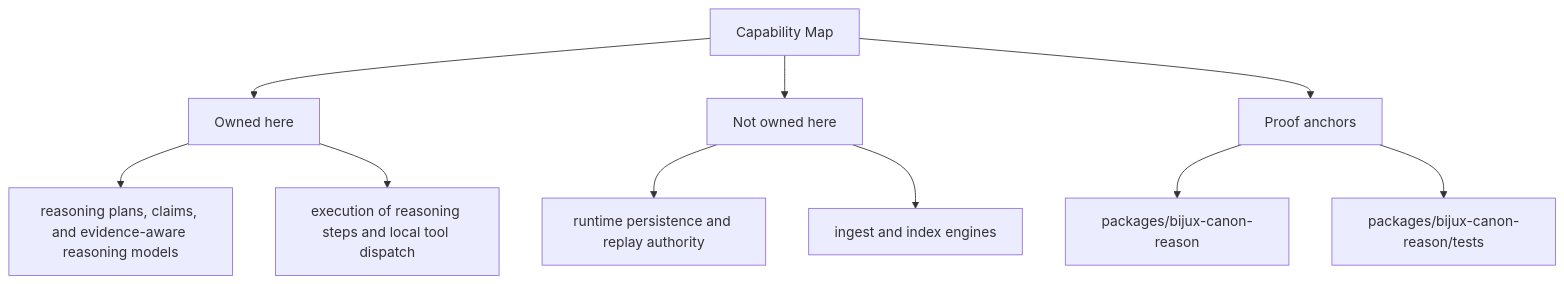
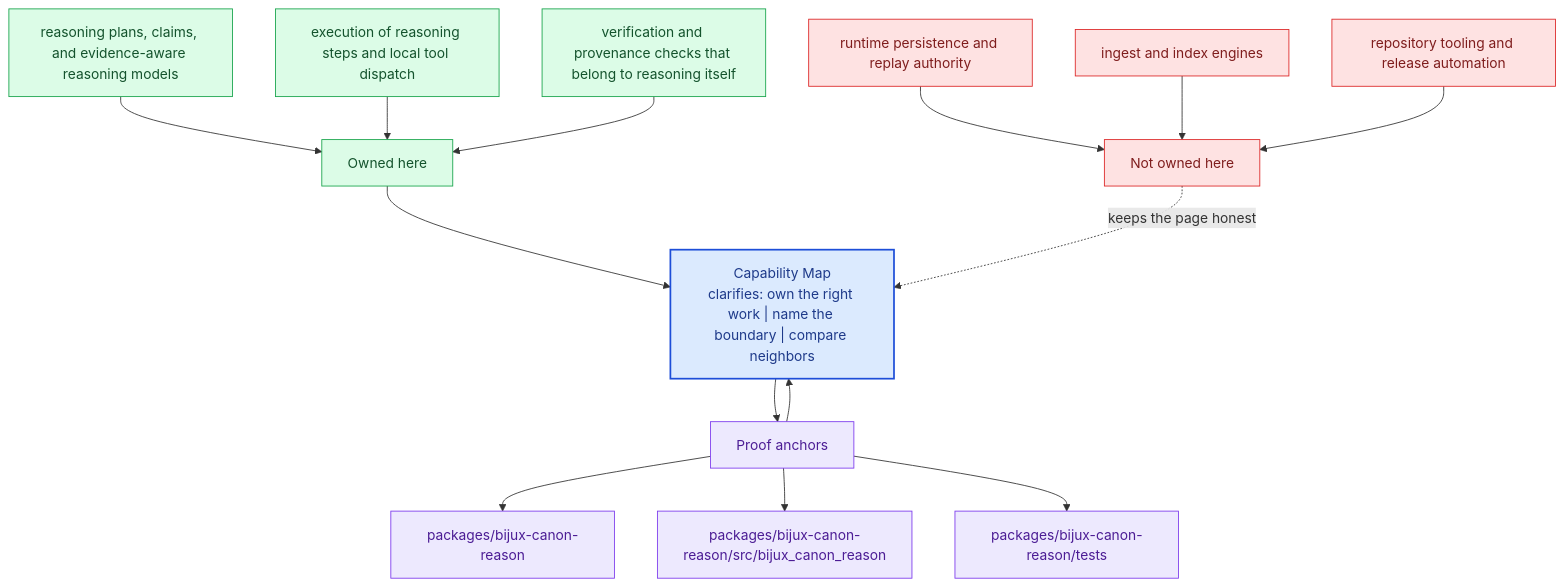
One commit to bijux/bijux-canon changed the second of 2 diagrams in docs/bijux-canon-reason/foundation/capability-map.md. Above: the diagram before and after it, drawn with Mermaid. The commit also changed other lines of this file and 281 other files, not shown here.

Commit message:
docs(diagrams): deepen handbook mermaid maps across the catalog

````diff
--- a/docs/bijux-canon-reason/foundation/capability-map.md
+++ b/docs/bijux-canon-reason/foundation/capability-map.md
@@ -35,22 +68,40 @@
 ```mermaid
-flowchart TD
-    page["Capability Map"]
+flowchart TB
+    promise["Capability Map<br/>clarifies: own the right work | name the boundary | compare neighbors"]
+    classDef promise fill:#dbeafe,stroke:#1d4ed8,color:#1e3a8a,stroke-width:2px;
+    classDef driver fill:#dcfce7,stroke:#16a34a,color:#14532d;
+    classDef constraint fill:#fee2e2,stroke:#dc2626,color:#7f1d1d;
+    classDef ground fill:#ede9fe,stroke:#7c3aed,color:#4c1d95;
     focus1["Owned here"]
-    page --> focus1
+    focus1 --> promise
     focus1_1["reasoning plans, claims, and evidence-aware reasoning models"]
-    focus1 --> focus1_1
+    focus1_1 --> focus1
     focus1_2["execution of reasoning steps and local tool dispatch"]
-    focus1 --> focus1_2
+    focus1_2 --> focus1
+    focus1_3["verification and provenance checks that belong to reasoning itself"]
+    focus1_3 --> focus1
+    class focus1 driver;
+    class focus1_1,focus1_2,focus1_3 driver;
     focus2["Not owned here"]
-    page --> focus2
+    focus2 -.keeps the page honest.-> promise
     focus2_1["runtime persistence and replay authority"]
-    focus2 --> focus2_1
+    focus2_1 --> focus2
     focus2_2["ingest and index engines"]
-    focus2 --> focus2_2
+    focus2_2 --> focus2
+    focus2_3["repository tooling and release automation"]
+    focus2_3 --> focus2
+    class focus2 constraint;
+    class focus2_1,focus2_2,focus2_3 constraint;
     focus3["Proof anchors"]
-    page --> focus3
+    focus3 --> promise
+    promise --> focus3
     focus3_1["packages/bijux-canon-reason"]
     focus3 --> focus3_1
-    focus3_2["packages/bijux-canon-reason/tests"]
+    focus3_2["packages/bijux-canon-reason/src/bijux_canon_reason"]
     focus3 --> focus3_2
+    focus3_3["packages/bijux-canon-reason/tests"]
+    focus3 --> focus3_3
+    class focus3 ground;
+    class focus3_1,focus3_2,focus3_3 ground;
+    class promise promise;
 ```
````
